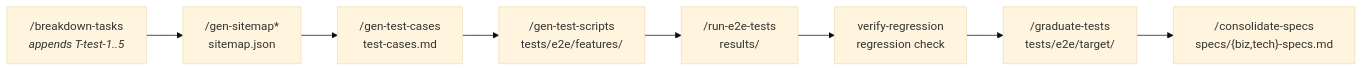
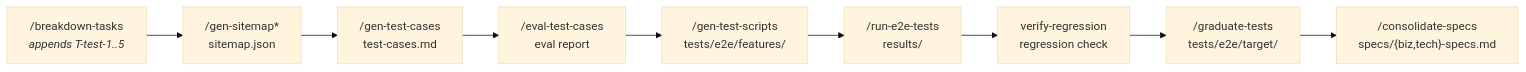
One commit to bigfaner/forge changed the second of 2 diagrams in plugins/forge/hooks/guide.md. Above: the diagram before and after it, drawn with Mermaid (base theme). The commit also changed 19 other files, not shown here.

First line of the commit message:
feat(forge): add eval-test-cases skill with main session task support

````diff
--- a/plugins/forge/hooks/guide.md
+++ b/plugins/forge/hooks/guide.md
@@ -51,10 +51,11 @@
 ```mermaid
 graph LR
     F["/breakdown-tasks<br><i>appends T-test-1..5</i>"] --> T1["/gen-sitemap*<br>sitemap.json"]
     T1 --> T2["/gen-test-cases<br>test-cases.md"]
-    T2 --> T3["/gen-test-scripts<br>tests/e2e/features/"]
+    T2 --> T2b["/eval-test-cases<br>eval report"]
+    T2b --> T3["/gen-test-scripts<br>tests/e2e/features/"]
     T3 --> T4["/run-e2e-tests<br>results/"]
     T4 --> T4b["verify-regression<br>regression check"]
     T4b --> T5["/graduate-tests<br>tests/e2e/target/"]
     T5 --> T6["/consolidate-specs<br>specs/{biz,tech}-specs.md"]
 ```
````
